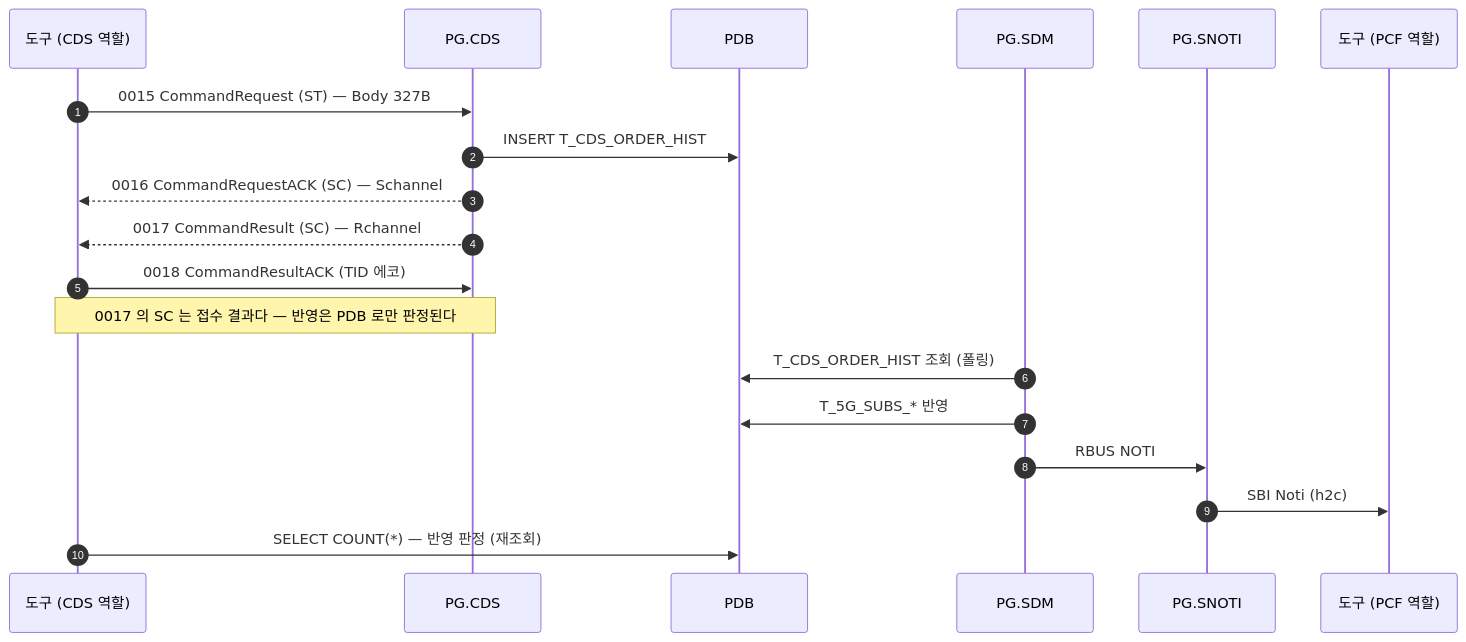
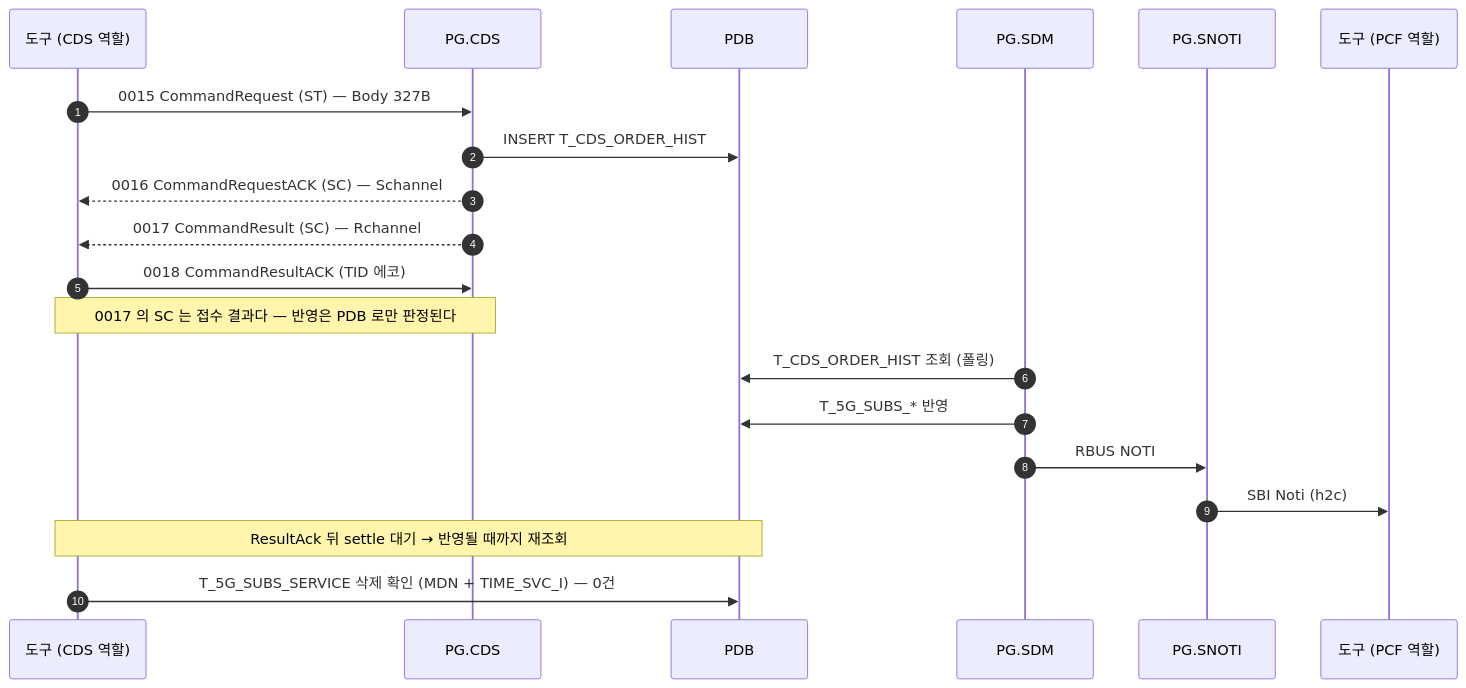
The diagram in docs/callflow/CDS_ST.md (IanKim2030/tc4robot), drawn with Mermaid before and after one commit. The commit also changed 18 other files, not shown here.

First line of the commit message:
docs: 콜플로우의 PDB 판정을 코드별 실제 조회로 바꾼다

````diff
--- a/docs/callflow/CDS_ST.md
+++ b/docs/callflow/CDS_ST.md
@@ -17,23 +17,24 @@
 ```mermaid
 sequenceDiagram
     autonumber
     participant TOOL as 도구 (CDS 역할)
     participant PCDS as PG.CDS
     participant PDB as PDB
     participant SDM as PG.SDM
     participant SNOTI as PG.SNOTI
     participant PCF as 도구 (PCF 역할)
 
     TOOL->>PCDS: 0015 CommandRequest (ST) — Body 327B
     PCDS->>PDB: INSERT T_CDS_ORDER_HIST
     PCDS-->>TOOL: 0016 CommandRequestACK (SC) — Schannel
     PCDS-->>TOOL: 0017 CommandResult (SC) — Rchannel
     TOOL->>PCDS: 0018 CommandResultACK (TID 에코)
     Note over TOOL,PCDS: 0017 의 SC 는 접수 결과다 — 반영은 PDB 로만 판정된다
 
     SDM->>PDB: T_CDS_ORDER_HIST 조회 (폴링)
     SDM->>PDB: T_5G_SUBS_* 반영
     SDM->>SNOTI: RBUS NOTI
     SNOTI->>PCF: SBI Noti (h2c)
-    TOOL->>PDB: SELECT COUNT(*) — 반영 판정 (재조회)
+    Note over TOOL,PDB: ResultAck 뒤 settle 대기 → 반영될 때까지 재조회
+    TOOL->>PDB: T_5G_SUBS_SERVICE 삭제 확인 (MDN + TIME_SVC_I) — 0건
 ```
````
